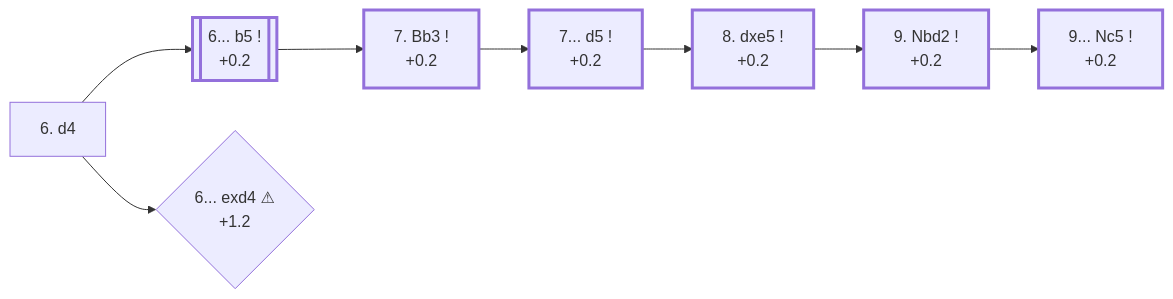
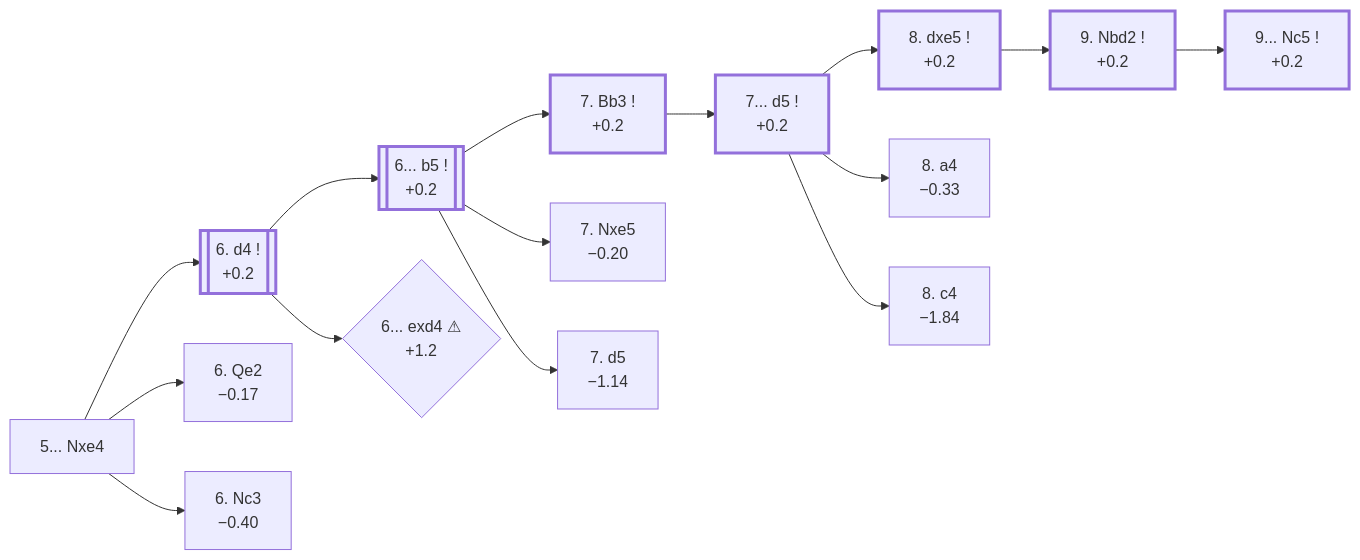
The diagram in e4_openings/C80_Ruy_Lopez_Open_Variation.md (onclemarcel/chess_flashcards), drawn with Mermaid before and after one commit. The commit also changed other lines of this file and 12 other files, not shown here.

````diff
--- a/e4_openings/C80_Ruy_Lopez_Open_Variation.md
+++ b/e4_openings/C80_Ruy_Lopez_Open_Variation.md
@@ -12,25 +12,41 @@
 ```mermaid
 flowchart LR
     classDef main stroke-width:3px;
 
-    d4["6. d4"]
+    Nxe4["5... Nxe4"]
+    click Nxe4 "https://github.com/onclemarcel/chess_flashcards/blob/main/e4_openings/C84_Ruy_Lopez_Morphy_Closed.md" "C84 · Ruy Lopez: Closed, Morphy Defense"
+
+    Nxe4 --> d4[["6. d4 !<br/>+0.2"]]:::main
     click d4 "#_initial_move_" "C80 · Ruy Lopez: Open"
+    Nxe4 --> Qe2["6. Qe2<br/>−0.17"]
+    click Qe2 "#_Tartakower_" "C80 · Ruy Lopez: Morphy Defense, Tartakower Variation"
+    Nxe4 --> Nc3o["6. Nc3<br/>−0.40"]
+    click Nc3o "#_Knorre_" "C80 · Ruy Lopez: Open, Knorre Variation"
 
     d4 --> b5[["6... b5 !<br/>+0.2"]]:::main
     click b5 "#_b5_" "C80 · Ruy Lopez: Open"
     d4 --> exd4{"6... exd4 ⚠<br/>+1.2"}
     click exd4 "#_exd4_" "C80 · Ruy Lopez: Open"
 
     b5 --> Bb3["7. Bb3 !<br/>+0.2"]:::main
     click Bb3 "#_Bb3_" "C80 · Ruy Lopez: Open"
+    b5 --> Nxe5f["7. Nxe5<br/>−0.20"]
+    click Nxe5f "#_Friess_" "C80 · Ruy Lopez: Open, Friess Attack"
+    b5 --> d5r["7. d5<br/>−1.14"]
+    click d5r "#_Richter_" "C80 · Ruy Lopez: Open, Richter Variation"
 
     Bb3 --> d5["7... d5 !<br/>+0.2"]:::main
     click d5 "#_d5_" "C80 · Ruy Lopez: Open"
 
     d5 --> dxe5o["8. dxe5 !<br/>+0.2"]:::main
     click dxe5o "#_dxe5o_" "C80 · Ruy Lopez: Open, Main Line"
+    d5 --> a4s["8. a4<br/>−0.33"]
+    click a4s "#_Schlechter_" "C80 · Ruy Lopez: Open, Schlechter Defense"
+    d5 --> c4h["8. c4<br/>−1.84"]
+    click c4h "#_Harksen_" "C80 · Ruy Lopez: Open, Harksen Gambit"
+
     dxe5o --> Nbd2o["9. Nbd2 !<br/>+0.2"]:::main
     click Nbd2o "#_Nbd2o_" "C80 · Ruy Lopez: Open, Bernstein Variation"
     Nbd2o --> Nc5o["9... Nc5 !<br/>+0.2"]:::main
     click Nc5o "#_Nbd2o_" "C80 · Ruy Lopez: Open, Bernstein Variation"
 ```
````
